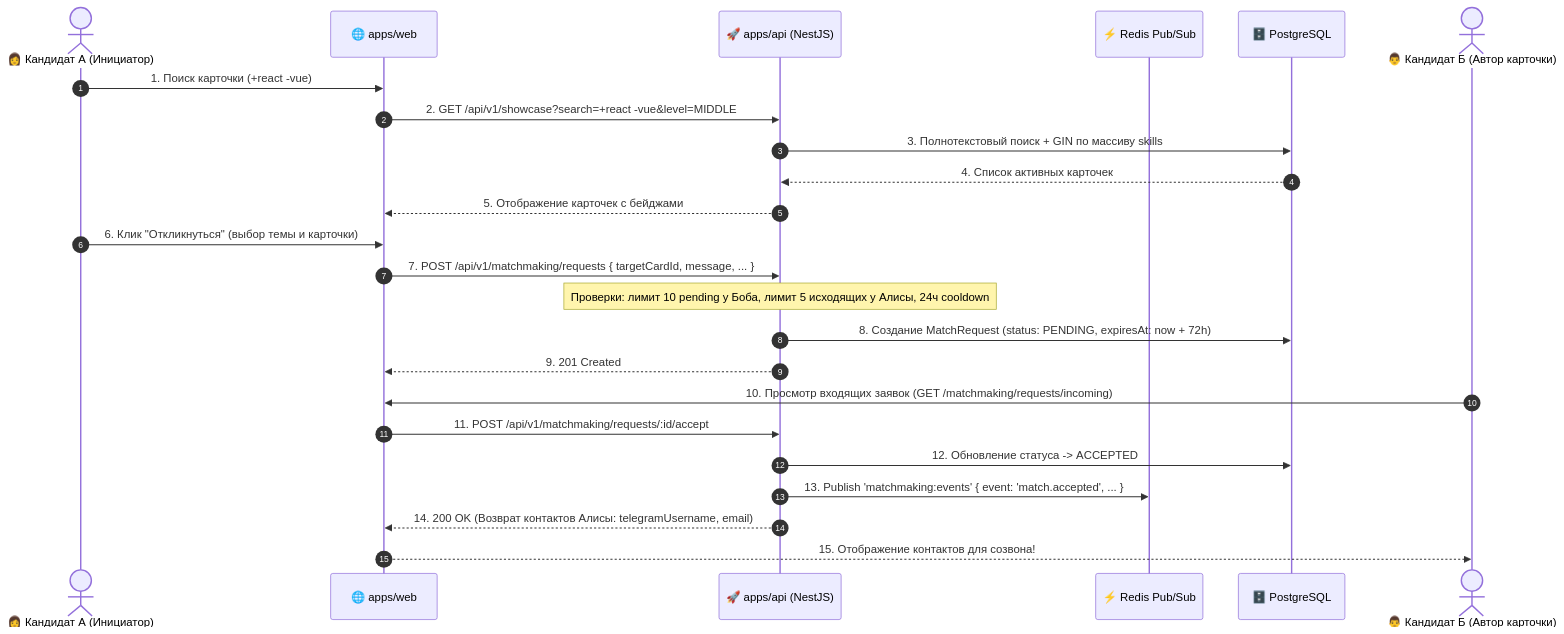
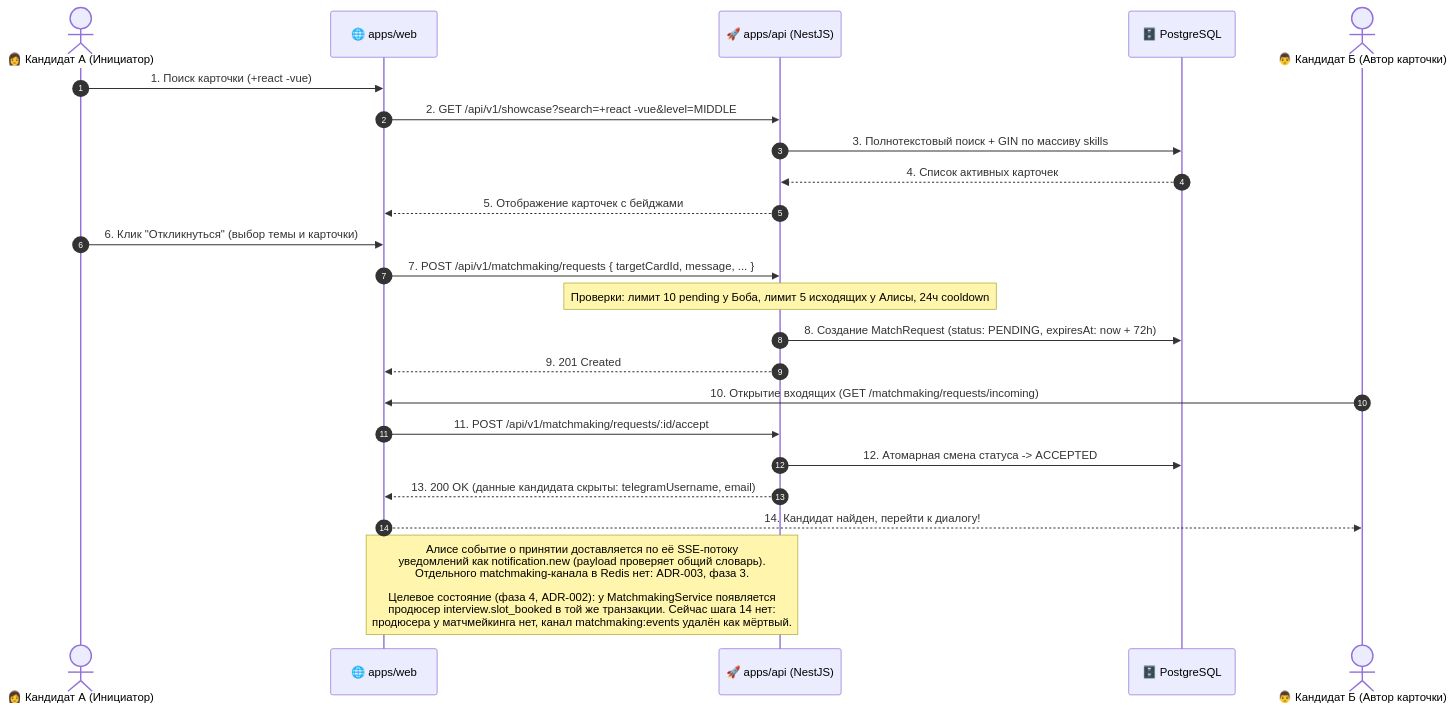
One commit to Riko4502/MockInterviewAI changed the diagram in docs/tasks/showcase-matchmaking.md. Above: the diagram before and after it, drawn with Mermaid. The commit also changed other lines of this file and 253 other files, not shown here.

````diff
--- a/docs/tasks/showcase-matchmaking.md
+++ b/docs/tasks/showcase-matchmaking.md
@@ -9,31 +9,31 @@
 ```mermaid
 sequenceDiagram
     autonumber
     actor Alice as 👩 Кандидат А (Инициатор)
     participant Web as 🌐 apps/web
     participant API as 🚀 apps/api (NestJS)
-    participant Redis as ⚡ Redis Pub/Sub
     participant DB as 🗄️ PostgreSQL
     actor Bob as 👨 Кандидат Б (Автор карточки)
 
     Alice->>Web: 1. Поиск карточки (+react -vue)
     Web->>API: 2. GET /api/v1/showcase?search=+react -vue&level=MIDDLE
     API->>DB: 3. Полнотекстовый поиск + GIN по массиву skills
     DB-->>API: 4. Список активных карточек
     API-->>Web: 5. Отображение карточек с бейджами
 
     Alice->>Web: 6. Клик "Откликнуться" (выбор темы и карточки)
     Web->>API: 7. POST /api/v1/matchmaking/requests { targetCardId, message, ... }
     
     Note over API: Проверки: лимит 10 pending у Боба, лимит 5 исходящих у Алисы, 24ч cooldown
     API->>DB: 8. Создание MatchRequest (status: PENDING, expiresAt: now + 72h)
     API-->>Web: 9. 201 Created
 
-    Bob->>Web: 10. Просмотр входящих заявок (GET /matchmaking/requests/incoming)
+    Bob->>Web: 10. Открытие входящих (GET /matchmaking/requests/incoming)
     Web->>API: 11. POST /api/v1/matchmaking/requests/:id/accept
     
-    API->>DB: 12. Обновление статуса -> ACCEPTED
-    API->>Redis: 13. Publish 'matchmaking:events' { event: 'match.accepted', ... }
-    API-->>Web: 14. 200 OK (Возврат контактов Алисы: telegramUsername, email)
-    Web-->>Bob: 15. Отображение контактов для созвона!
+    API->>DB: 12. Атомарная смена статуса -> ACCEPTED
+    API-->>Web: 13. 200 OK (данные кандидата скрыты: telegramUsername, email)
+    Web-->>Bob: 14. Кандидат найден, перейти к диалогу!
+
+    Note over Web,API: Алисе событие о принятии доставляется по её SSE-потоку<br/>уведомлений как notification.new (payload проверяет общий словарь).<br/>Отдельного matchmaking-канала в Redis нет: ADR-003, фаза 3.<br/><br/>Целевое состояние (фаза 4, ADR-002): у MatchmakingService появляется<br/>продюсер interview.slot_booked в той же транзакции. Сейчас шага 14 нет:<br/>продюсера у матчмейкинга нет, канал matchmaking:events удалён как мёртвый.
 ```
````
